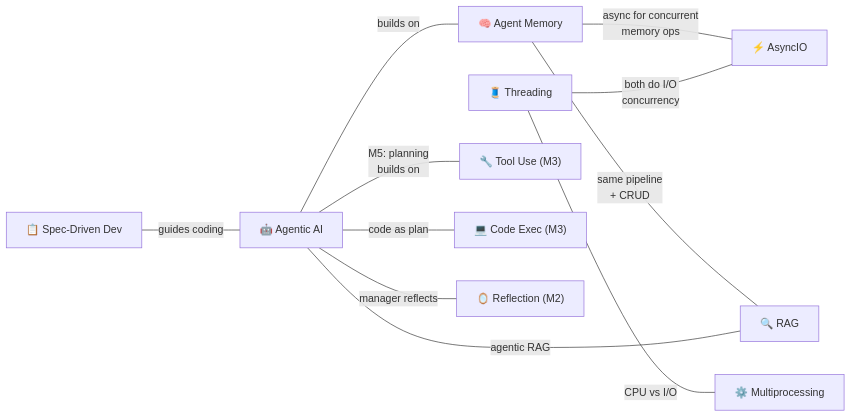
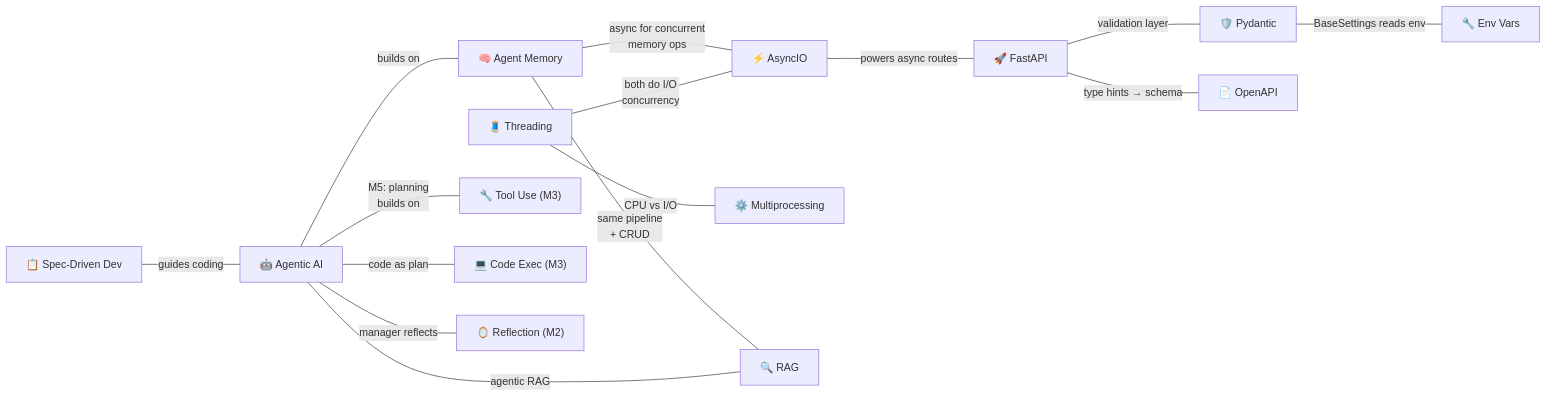
One commit to AyushSonuu/my-memory changed the diagram in _maps/connections.md. Above: the diagram before and after it, drawn with Mermaid. The commit also changed other lines of this file and 10 other files, not shown here.

Commit message:
🔄 sync: full Tier 1+2 vault sync — FastAPI added to maps, GenAI W1 nav complete, tracker refreshed, fastapi_blog reset

````diff
--- a/_maps/connections.md
+++ b/_maps/connections.md
@@ -5,20 +5,26 @@
 ```mermaid
 graph LR
     AG["🤖 Agentic AI"]
     AM["🧠 Agent Memory"]
     AIO["⚡ AsyncIO"]
     THR["🧵 Threading"]
     MP["⚙️ Multiprocessing"]
     RAG["🔍 RAG"]
-    
+    FA["🚀 FastAPI"]
+    PYD["🛡️ Pydantic"]
+
     AG ---|"builds on"| AM
     AM ---|"async for concurrent<br/>memory ops"| AIO
     THR ---|"both do I/O<br/>concurrency"| AIO
     THR ---|"CPU vs I/O"| MP
     AM ---|"same pipeline<br/>+ CRUD"| RAG
     AG ---|"agentic RAG"| RAG
     SDD["📋 Spec-Driven Dev"] ---|"guides coding"| AG
     AG ---|"M5: planning<br/>builds on"| TU["🔧 Tool Use (M3)"]
     AG ---|"code as plan"| CE["💻 Code Exec (M3)"]
     AG ---|"manager reflects"| REF["🪞 Reflection (M2)"]
+    AIO ---|"powers async routes"| FA
+    FA ---|"validation layer"| PYD
+    FA ---|"type hints → schema"| OAS["📄 OpenAPI"]
+    PYD ---|"BaseSettings reads env"| ENV["🔧 Env Vars"]
 ```
````
